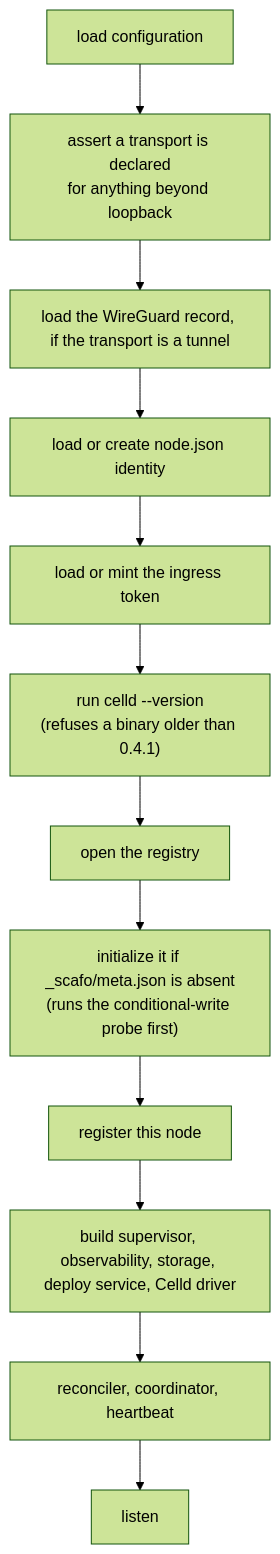
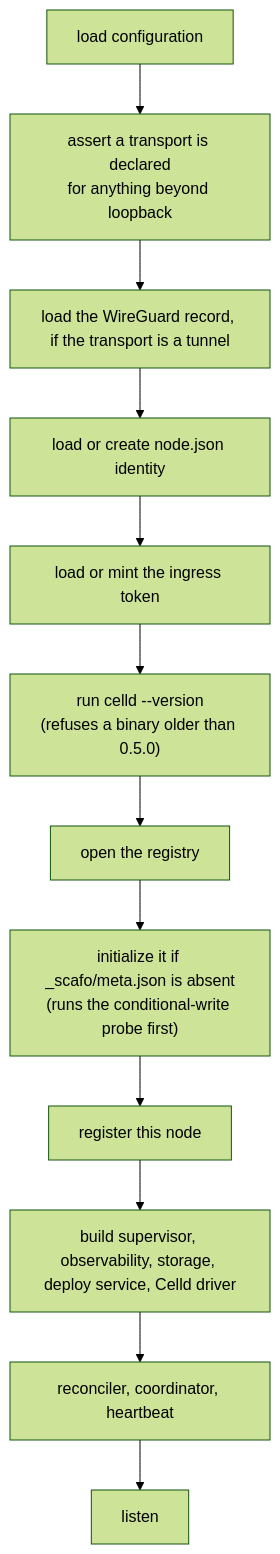
Before and after one commit to sandros94/scafo-docs: the diagram in 1.docs/30.operations.md, drawn with Mermaid (forest theme). The commit also changed other lines of this file and 15 other files, not shown here.

Commit message:
docs: describe the celld 0.5.0 floor, the one-version rule and its upgrade, deploy freeze and deployment records

````diff
--- a/1.docs/30.operations.md
+++ b/1.docs/30.operations.md
@@ -11,14 +11,14 @@
 ```mermaid
 flowchart TD
   cfg["load configuration"] --> tr["assert a transport is declared<br/>for anything beyond loopback"]
   tr --> wg["load the WireGuard record, if the transport is a tunnel"]
   wg --> id["load or create node.json identity"]
   id --> tok["load or mint the ingress token"]
-  tok --> ver["run celld --version<br/>(refuses a binary older than 0.4.1)"]
+  tok --> ver["run celld --version<br/>(refuses a binary older than 0.5.0)"]
   ver --> reg["open the registry"]
   reg --> init["initialize it if _scafo/meta.json is absent<br/>(runs the conditional-write probe first)"]
   init --> rn["register this node"]
   rn --> svc["build supervisor, observability, storage, deploy service, Celld driver"]
   svc --> loops["reconciler, coordinator, heartbeat"]
   loops --> listen["listen"]
 ```
````
